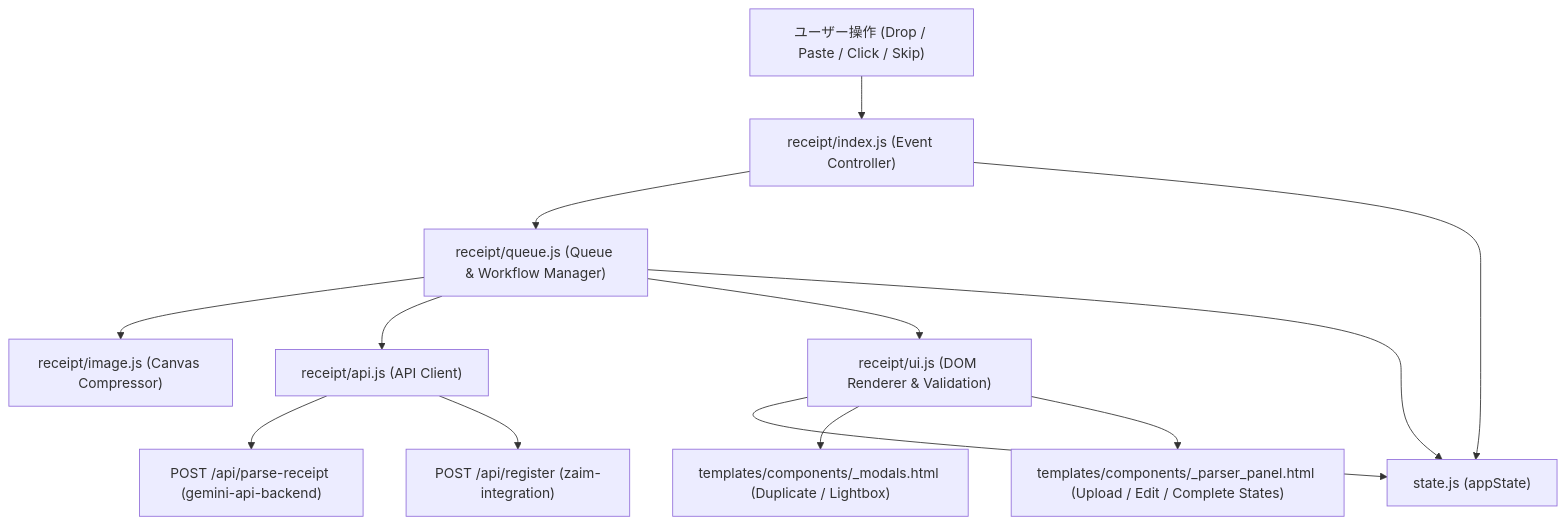
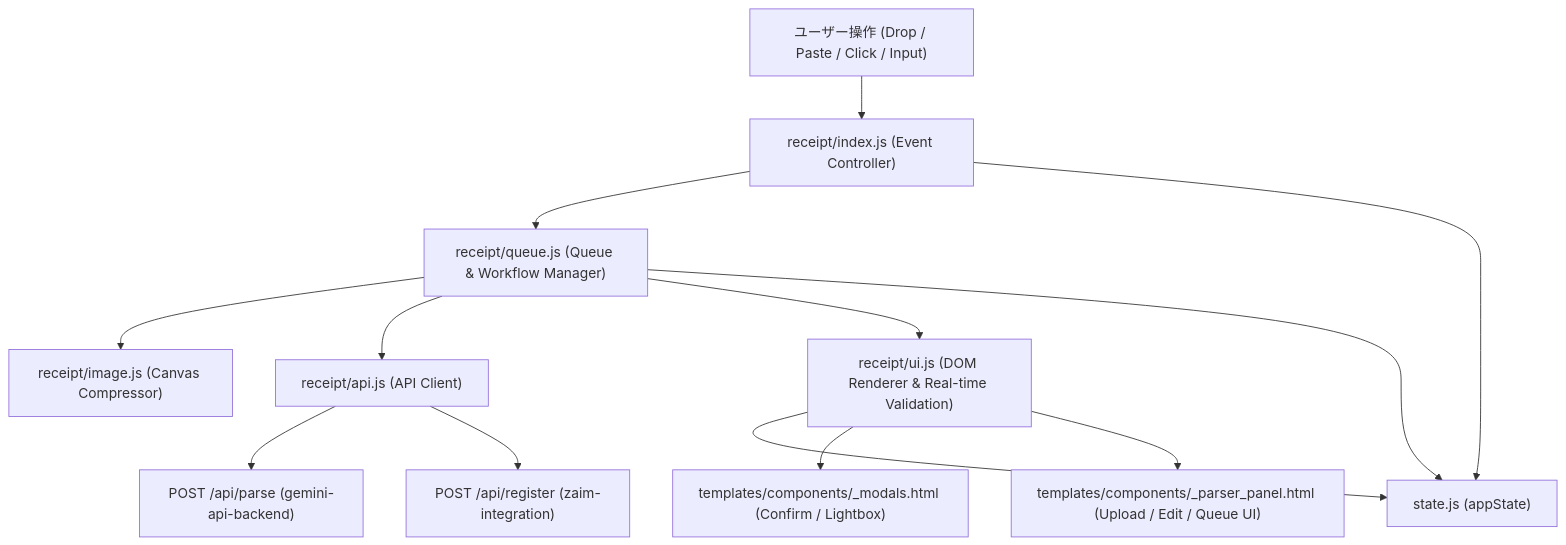
The first of 3 diagrams in .kiro/specs/receipt-workflow-ui/design.md (y-kbys/zaim-lens), drawn with Mermaid before and after one commit. The commit also changed other lines of this file and 3 other files, not shown here.

````diff
--- a/.kiro/specs/receipt-workflow-ui/design.md
+++ b/.kiro/specs/receipt-workflow-ui/design.md
@@ -56,18 +61,18 @@
 ```mermaid
 graph TD
-    User["ユーザー操作 (Drop / Paste / Click / Skip)"] --> Index["receipt/index.js (Event Controller)"]
+    User["ユーザー操作 (Drop / Paste / Click / Input)"] --> Index["receipt/index.js (Event Controller)"]
     Index --> Queue["receipt/queue.js (Queue & Workflow Manager)"]
     Queue --> Image["receipt/image.js (Canvas Compressor)"]
     Queue --> API["receipt/api.js (API Client)"]
-    Queue --> UI["receipt/ui.js (DOM Renderer & Validation)"]
+    Queue --> UI["receipt/ui.js (DOM Renderer & Real-time Validation)"]
     
-    API --> GeminiBackend["POST /api/parse-receipt (gemini-api-backend)"]
+    API --> GeminiBackend["POST /api/parse (gemini-api-backend)"]
     API --> ZaimBackend["POST /api/register (zaim-integration)"]
     
     UI --> State["state.js (appState)"]
     Queue --> State
     Index --> State
     
-    UI --> Modals["templates/components/_modals.html (Duplicate / Lightbox)"]
-    UI --> Panel["templates/components/_parser_panel.html (Upload / Edit / Complete States)"]
+    UI --> Modals["templates/components/_modals.html (Confirm / Lightbox)"]
+    UI --> Panel["templates/components/_parser_panel.html (Upload / Edit / Queue UI)"]
 ```
````
